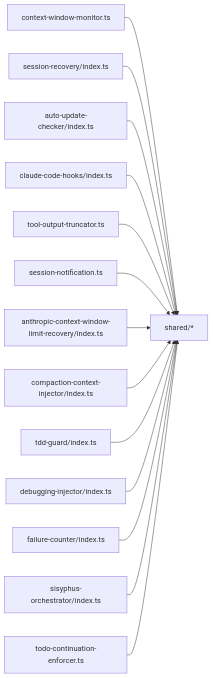
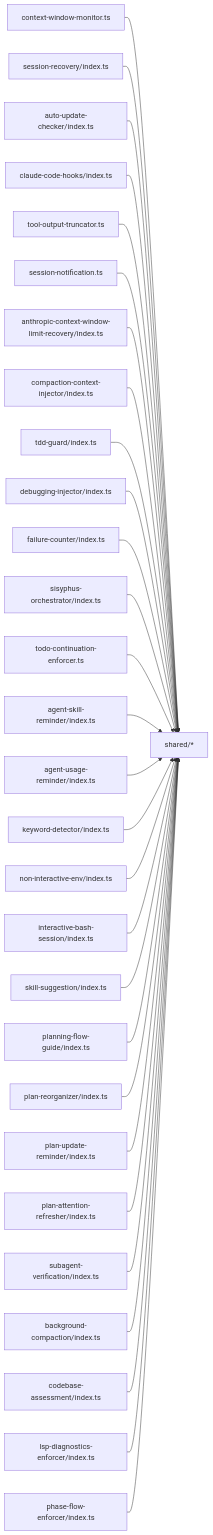
Before and after one commit to code-yeongyu/oh-my-openagent: diagram 20 of 20 in .qoder/repowiki/zh/content/钩子系统/钩子系统.md, drawn with Mermaid. The commit also changed other lines of this file and 61 other files, not shown here.

First line of the commit message:
feat(mdsel): integrate mdsel as built-in skill with reminder hook

````diff
--- a/.qoder/repowiki/zh/content/钩子系统/钩子系统.md
+++ b/.qoder/repowiki/zh/content/钩子系统/钩子系统.md
@@ -547,16 +951,31 @@
 ```mermaid
 graph LR
 A["context-window-monitor.ts"] --> SHARED["shared/*"]
 B["session-recovery/index.ts"] --> SHARED
 C["auto-update-checker/index.ts"] --> SHARED
 D["claude-code-hooks/index.ts"] --> SHARED
 E["tool-output-truncator.ts"] --> SHARED
 F["session-notification.ts"] --> SHARED
 G["anthropic-context-window-limit-recovery/index.ts"] --> SHARED
 H["compaction-context-injector/index.ts"] --> SHARED
 I["tdd-guard/index.ts"] --> SHARED
 J["debugging-injector/index.ts"] --> SHARED
 K["failure-counter/index.ts"] --> SHARED
 SIS["sisyphus-orchestrator/index.ts"] --> SHARED
 TCE["todo-continuation-enforcer.ts"] --> SHARED
+ASR["agent-skill-reminder/index.ts"] --> SHARED
+AUR["agent-usage-reminder/index.ts"] --> SHARED
+KD["keyword-detector/index.ts"] --> SHARED
+NIE["non-interactive-env/index.ts"] --> SHARED
+IBS["interactive-bash-session/index.ts"] --> SHARED
+SS["skill-suggestion/index.ts"] --> SHARED
+PFG["planning-flow-guide/index.ts"] --> SHARED
+PRO["plan-reorganizer/index.ts"] --> SHARED
+PUR["plan-update-reminder/index.ts"] --> SHARED
+PAR["plan-attention-refresher/index.ts"] --> SHARED
+SV["subagent-verification/index.ts"] --> SHARED
+BC["background-compaction/index.ts"] --> SHARED
+CA["codebase-assessment/index.ts"] --> SHARED
+LDE["lsp-diagnostics-enforcer/index.ts"] --> SHARED
+PFE["phase-flow-enforcer/index.ts"] --> SHARED
 ```
````
